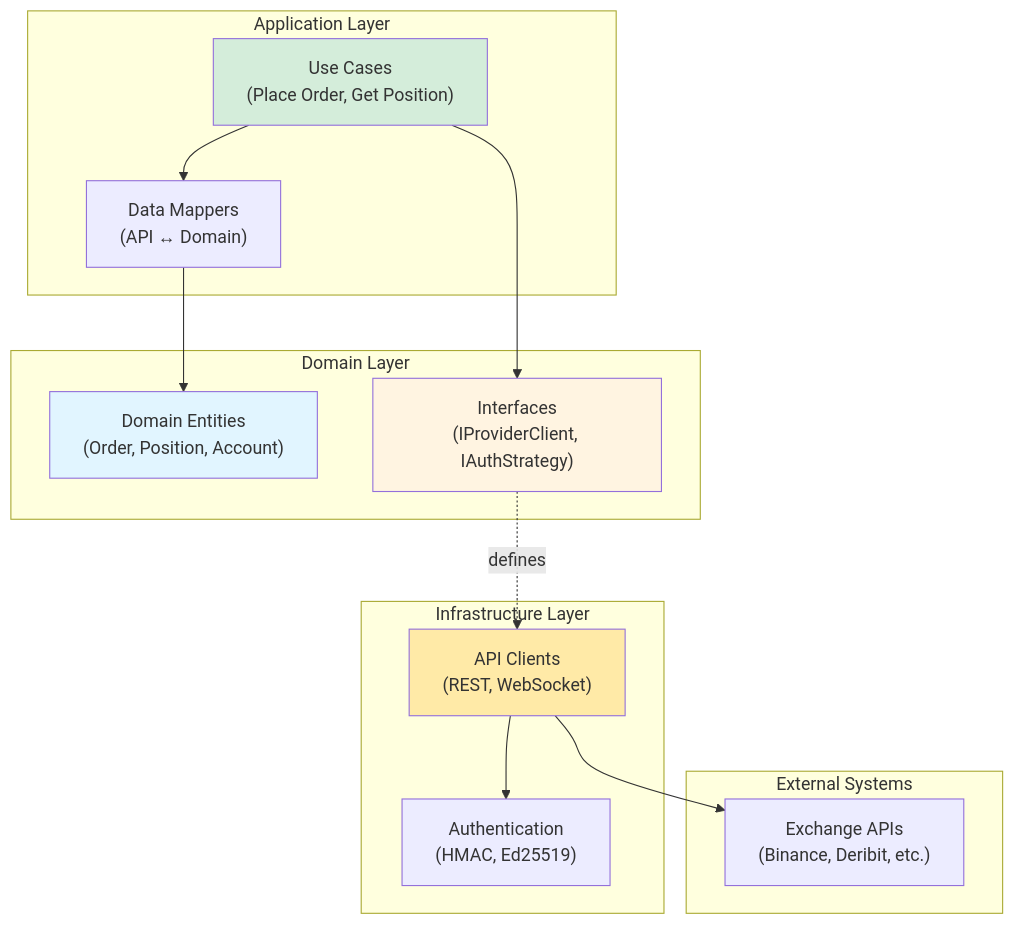
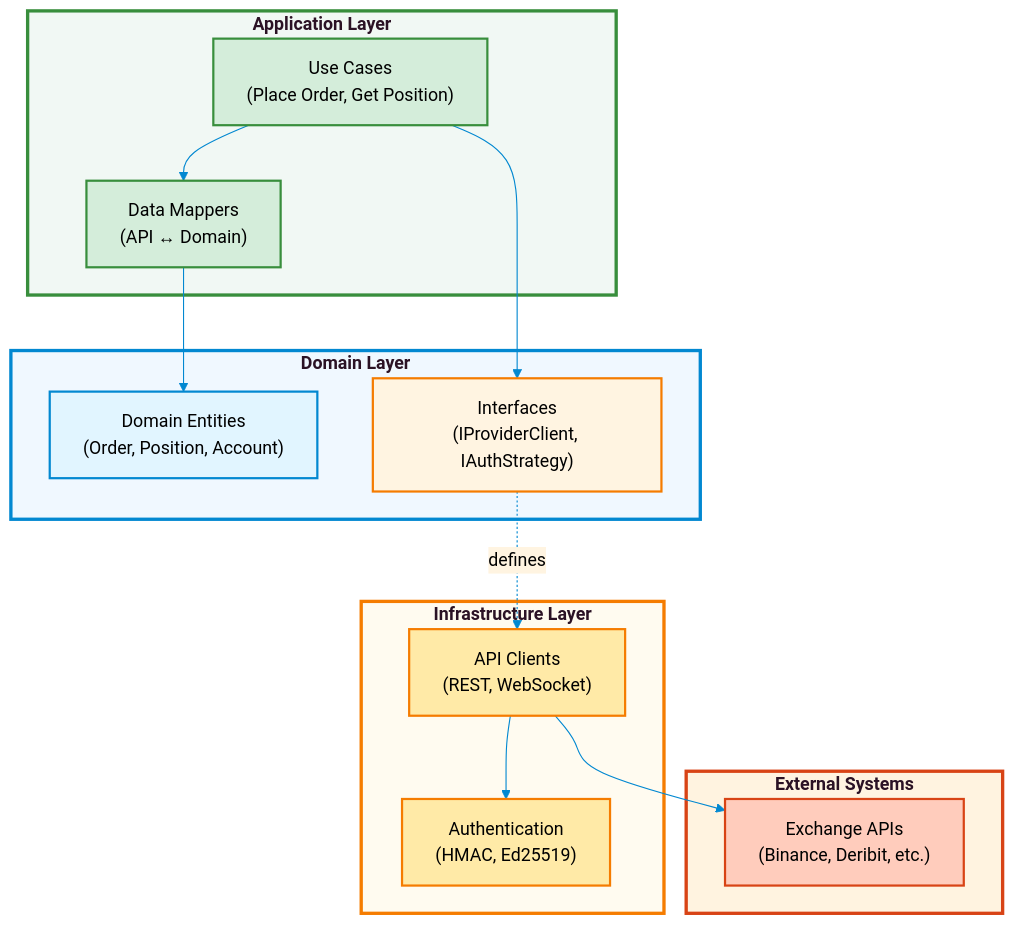
The first of 10 diagrams in README.md (ArmandRicheletKleinberg/Ark.Alliance.Trading.Providers.Lib), drawn with Mermaid before and after one commit. The commit also changed other lines of this file, not shown here.

First line of the commit message:
enhance: professional styling for main README mermaid diagrams

````diff
--- a/README.md
+++ b/README.md
@@ -98,33 +98,41 @@
 ```mermaid
+%%{init: {'theme':'base', 'themeVariables': { 'primaryColor':'#e1f5ff','primaryTextColor':'#000','primaryBorderColor':'#0288d1','lineColor':'#0288d1','secondaryColor':'#fff4e1','tertiaryColor':'#d4edda','noteBkgColor':'#fff9c4','noteTextColor':'#000'}}}%%
 graph TB
-    subgraph "Domain Layer"
+    subgraph DomainLayer["<b>Domain Layer</b>"]
         Entities["Domain Entities<br/>(Order, Position, Account)"]
         Interfaces["Interfaces<br/>(IProviderClient, IAuthStrategy)"]
     end
     
-    subgraph "Application Layer"
+    subgraph AppLayer["<b>Application Layer</b>"]
         UseCases["Use Cases<br/>(Place Order, Get Position)"]
         Mappers["Data Mappers<br/>(API ↔ Domain)"]
     end
     
-    subgraph "Infrastructure Layer"
+    subgraph InfraLayer["<b>Infrastructure Layer</b>"]
         Clients["API Clients<br/>(REST, WebSocket)"]
         Auth["Authentication<br/>(HMAC, Ed25519)"]
     end
     
-    subgraph "External Systems"
+    subgraph ExtSystems["<b>External Systems</b>"]
         Exchanges["Exchange APIs<br/>(Binance, Deribit, etc.)"]
     end
     
     Interfaces -.->|defines| Clients
     UseCases --> Interfaces
     Mappers --> Entities
     Clients --> Auth
     Clients --> Exchanges
     UseCases --> Mappers
     
-    style Entities fill:#e1f5ff
-    style Interfaces fill:#fff4e1
-    style UseCases fill:#d4edda
-    style Clients fill:#ffeaa7
+    style Entities fill:#e1f5ff,stroke:#0288d1,stroke-width:2px,color:#000
+    style Interfaces fill:#fff4e1,stroke:#f57c00,stroke-width:2px,color:#000
+    style UseCases fill:#d4edda,stroke:#388e3c,stroke-width:2px,color:#000
+    style Mappers fill:#d4edda,stroke:#388e3c,stroke-width:2px,color:#000
+    style Clients fill:#ffeaa7,stroke:#f57c00,stroke-width:2px,color:#000
+    style Auth fill:#ffeaa7,stroke:#f57c00,stroke-width:2px,color:#000
+    style Exchanges fill:#ffccbc,stroke:#d84315,stroke-width:2px,color:#000
+    style DomainLayer fill:#f0f8ff,stroke:#0288d1,stroke-width:3px
+    style AppLayer fill:#f1f8f4,stroke:#388e3c,stroke-width:3px
+    style InfraLayer fill:#fffbf0,stroke:#f57c00,stroke-width:3px
+    style ExtSystems fill:#fff3e0,stroke:#d84315,stroke-width:3px
 ```
````
